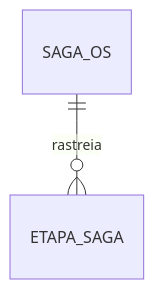
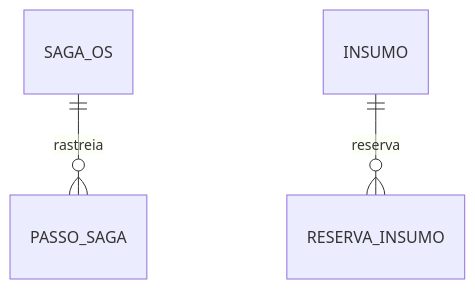
Before and after one commit to Grupo78-PosTech-15SOAT/AutoReparos: the second of 2 diagrams in .specs/features/fase4/saga-mensageria/plan.md, drawn with Mermaid. The commit also changed other lines of this file and 7 other files, not shown here.

````diff
--- a/.specs/features/fase4/saga-mensageria/plan.md
+++ b/.specs/features/fase4/saga-mensageria/plan.md
@@ -28,4 +31,5 @@
 ```mermaid
 erDiagram
-    SAGA_OS ||--o{ ETAPA_SAGA : rastreia
+    SAGA_OS ||--o{ PASSO_SAGA : rastreia
+    INSUMO ||--o{ RESERVA_INSUMO : reserva
 ```
````
